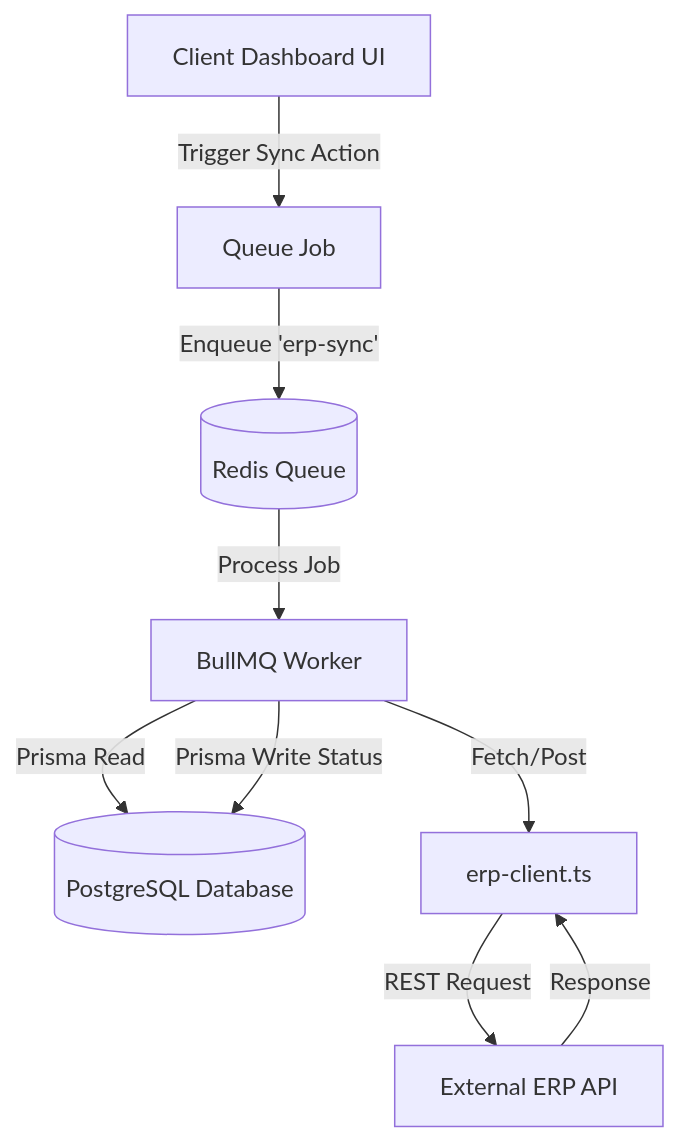
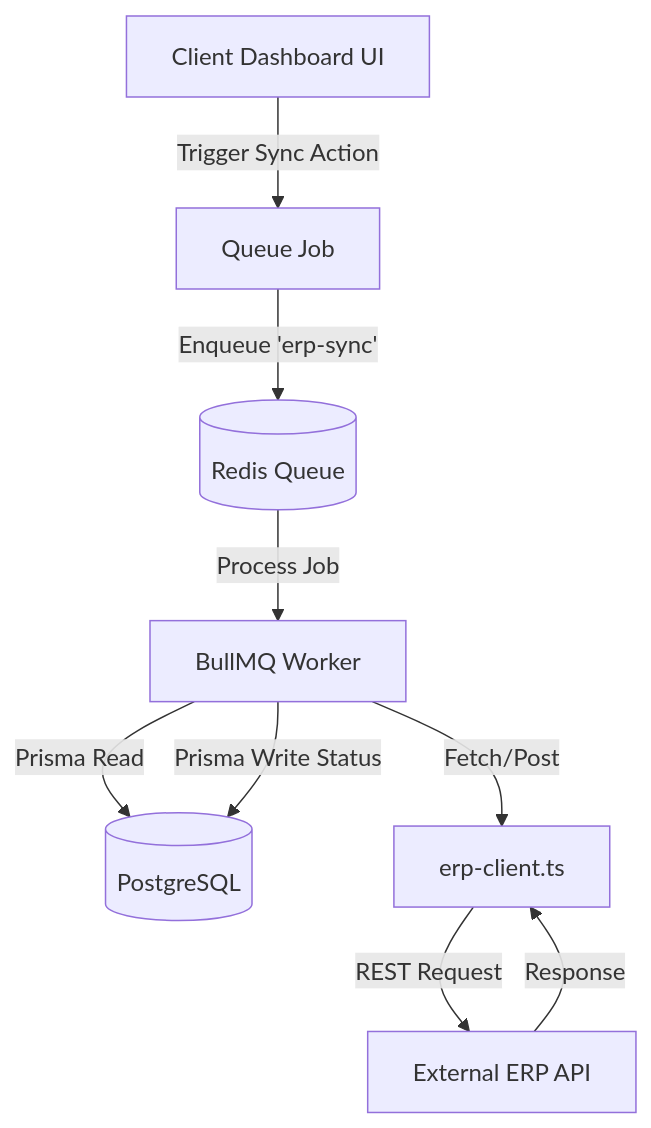
One commit to sanjaykg2006/Studio-Masons changed the diagram in PROJECT_ARCHITECTURE.md. Above: the diagram before and after it, drawn with Mermaid. The commit also changed other lines of this file and 9 other files, not shown here.

````diff
--- a/PROJECT_ARCHITECTURE.md
+++ b/PROJECT_ARCHITECTURE.md
@@ -191,11 +414,11 @@
 ```mermaid
 flowchart TD
     UI[Client Dashboard UI] -->|Trigger Sync Action| API[Queue Job]
     API -->|Enqueue 'erp-sync'| Redis[(Redis Queue)]
     Redis -->|Process Job| Worker[BullMQ Worker]
-    Worker -->|Prisma Read| DB[(PostgreSQL Database)]
+    Worker -->|Prisma Read| DB[(PostgreSQL)]
     Worker -->|Fetch/Post| ERP_Client[erp-client.ts]
     ERP_Client -->|REST Request| External_ERP[External ERP API]
     External_ERP -->|Response| ERP_Client
     Worker -->|Prisma Write Status| DB
 ```
````
